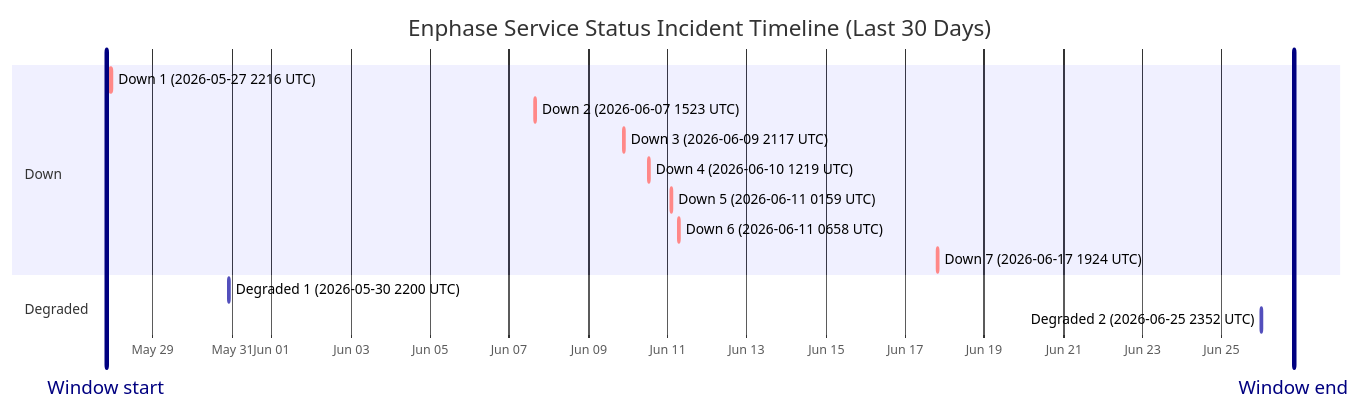
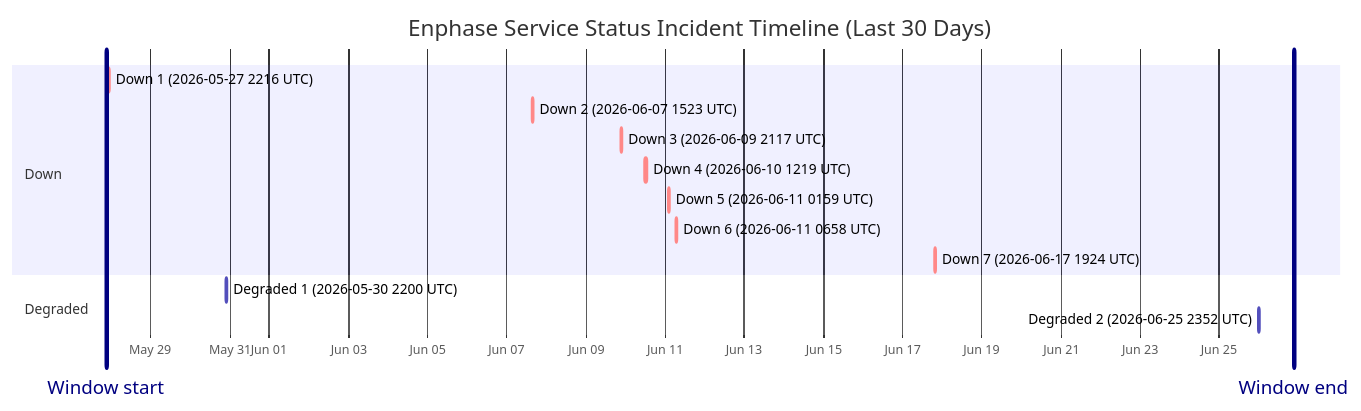
One commit to barneyonline/ha-enphase-energy changed the diagram in wiki/Service-Status-History.md. Above: the diagram before and after it, drawn with Mermaid. The commit also changed other lines of this file and 3 other files, not shown here.

````diff
--- a/wiki/Service-Status-History.md
+++ b/wiki/Service-Status-History.md
@@ -14,19 +14,19 @@
 ```mermaid
 gantt
     title Enphase Service Status Incident Timeline (Last 30 Days)
     dateFormat  YYYY-MM-DDTHH:mm:ss
     axisFormat  %b %d
-    Window start :vert, window-start, 2026-05-27T19:44:56, 0ms
-    Window end :vert, window-end, 2026-06-26T19:44:56, 0ms
+    Window start :vert, window-start, 2026-05-27T21:17:32, 0ms
+    Window end :vert, window-end, 2026-06-26T21:17:32, 0ms
     section Down
     Down 1 (2026-05-27 2216 UTC) :crit, down-1, 2026-05-27T22:16:53, 87m
     Down 2 (2026-06-07 1523 UTC) :crit, down-2, 2026-06-07T15:23:22, 87m
     Down 3 (2026-06-09 2117 UTC) :crit, down-3, 2026-06-09T21:17:17, 60m
     Down 4 (2026-06-10 1219 UTC) :crit, down-4, 2026-06-10T12:19:21, 60m
     Down 5 (2026-06-11 0159 UTC) :crit, down-5, 2026-06-11T01:59:36, 60m
     Down 6 (2026-06-11 0658 UTC) :crit, down-6, 2026-06-11T06:58:45, 60m
     Down 7 (2026-06-17 1924 UTC) :crit, down-7, 2026-06-17T19:24:51, 60m
     section Degraded
     Degraded 1 (2026-05-30 2200 UTC) :active, degraded-1, 2026-05-30T22:00:37, 60m
     Degraded 2 (2026-06-25 2352 UTC) :active, degraded-2, 2026-06-25T23:52:01, 60m
 ```
````
